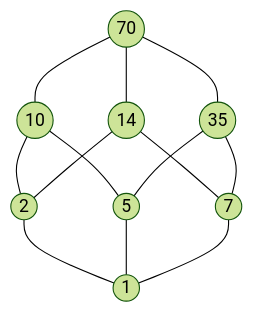
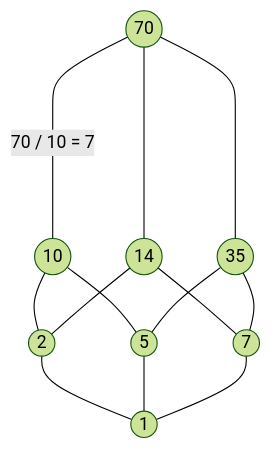
One commit to LeonStoldt/discreteMathematics changed diagram 14 of 14 in README.md. Above: the diagram before and after it, drawn with Mermaid (forest theme). The commit also changed other lines of this file, not shown here.

````diff
--- a/README.md
+++ b/README.md
@@ -242,15 +242,15 @@
 ```mermaid
 graph TD
-70((70)) --- 10((10))
-70 --- 14((14))
+70((70)) --70 / 10 = 7--- 10((10))
+70 ----- 14((14))
 70 --- 35((35))
 10 --- 2((2))
 10 --- 5((5))
 14 --- 2
 14 --- 7((7))
 35 --- 5
 35 --- 7
 2 --- 1((1))
 5 --- 1
 7 --- 1
 ```
````
